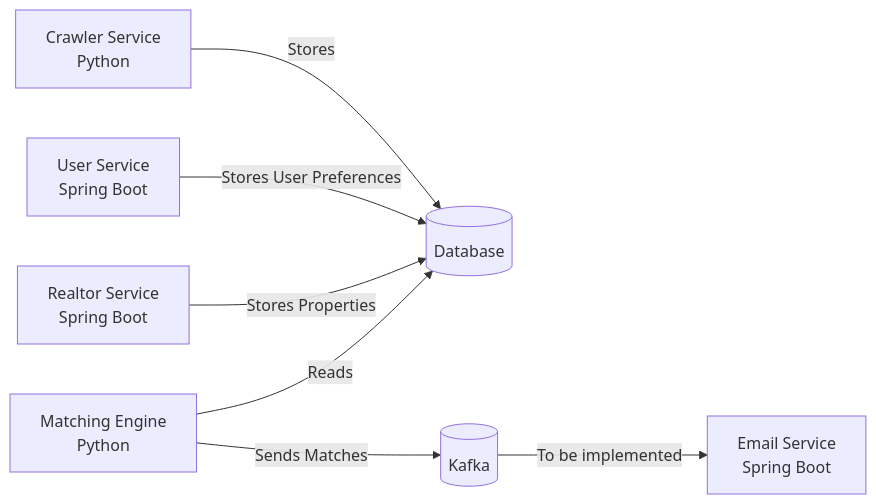
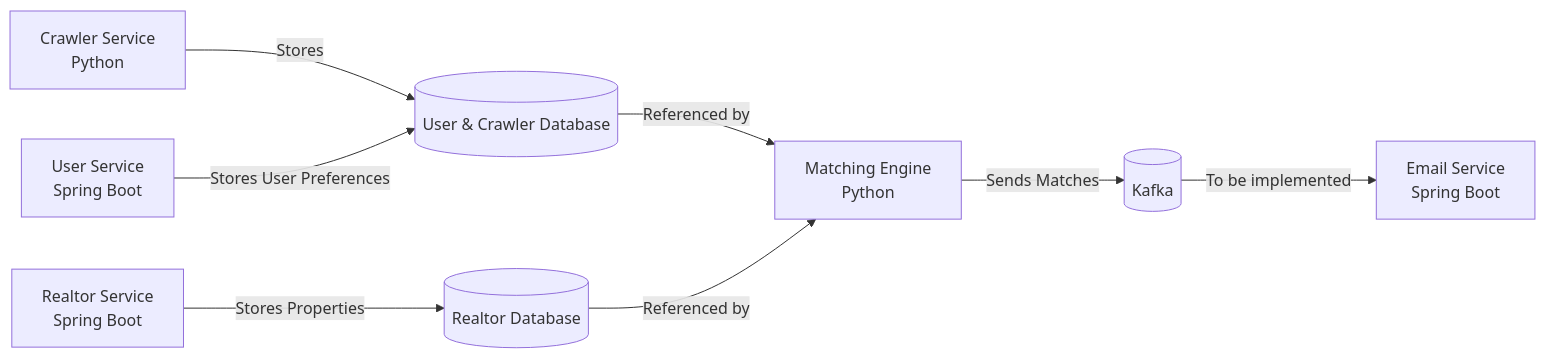
The diagram in README.md (roshan-shaik-ml/POC-Project), drawn with Mermaid before and after one commit. The commit also changed other lines of this file, not shown here.

````diff
--- a/README.md
+++ b/README.md
@@ -39,9 +39,10 @@
 ```mermaid
 graph LR
-    A[Crawler Service<br/>Python] -->|Stores| B[(Database)]
+    A[Crawler Service<br/>Python] -->|Stores| B[(User & Crawler Database)]
     C[User Service<br/>Spring Boot] -->|Stores User Preferences| B
-    D[Realtor Service<br/>Spring Boot] -->|Stores Properties| B
-    E[Matching Engine<br/>Python] -->|Reads| B
-    E -->|Sends Matches| F[(Kafka)]
-    F -->|To be implemented| G[Email Service<br/>Spring Boot]
+    D[Realtor Service<br/>Spring Boot] -->|Stores Properties| E[(Realtor Database)]
+    B -->|Referenced by| F[Matching Engine<br/>Python]
+    E -->|Referenced by| F
+    F -->|Sends Matches| G[(Kafka)]
+    G -->|To be implemented| H[Email Service<br/>Spring Boot]
 ```
````
